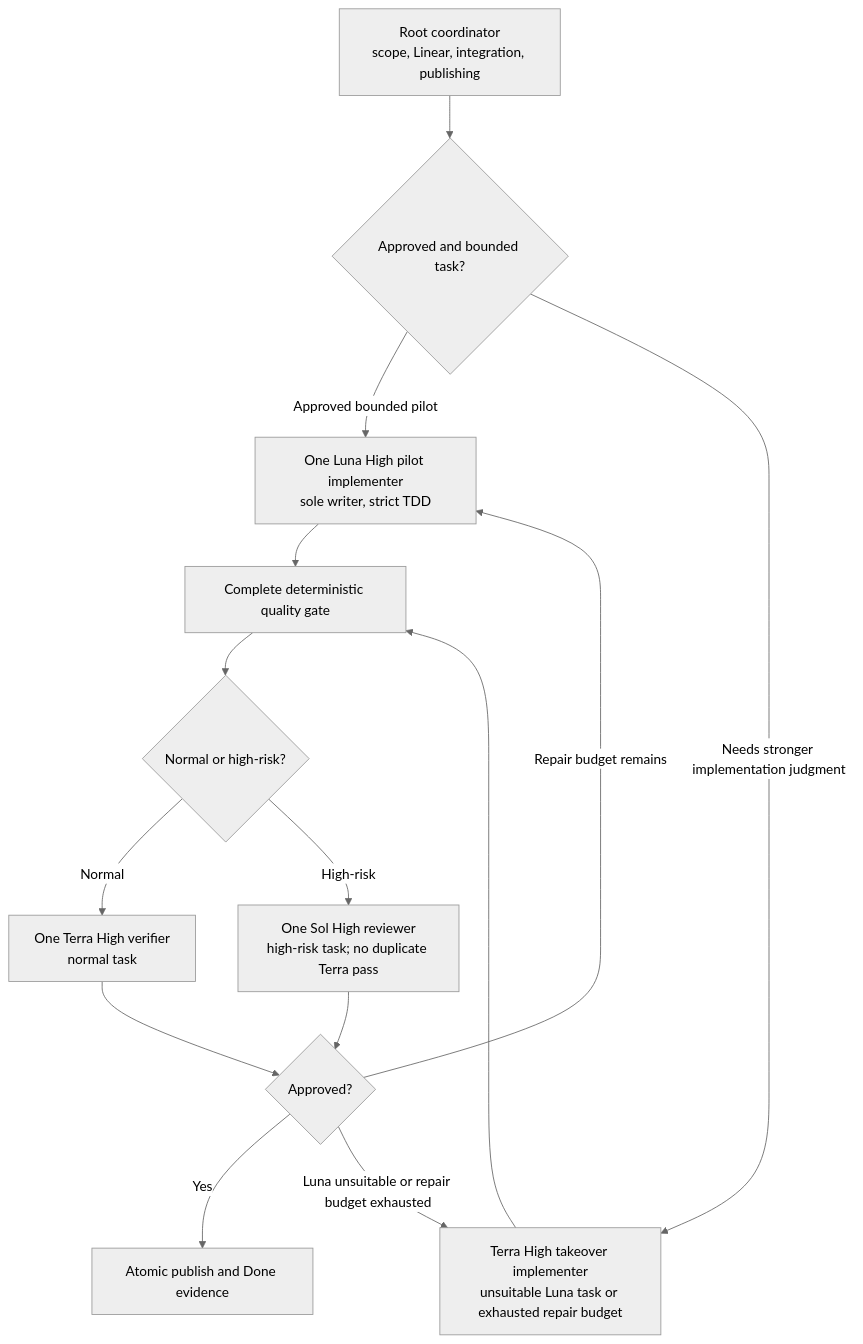
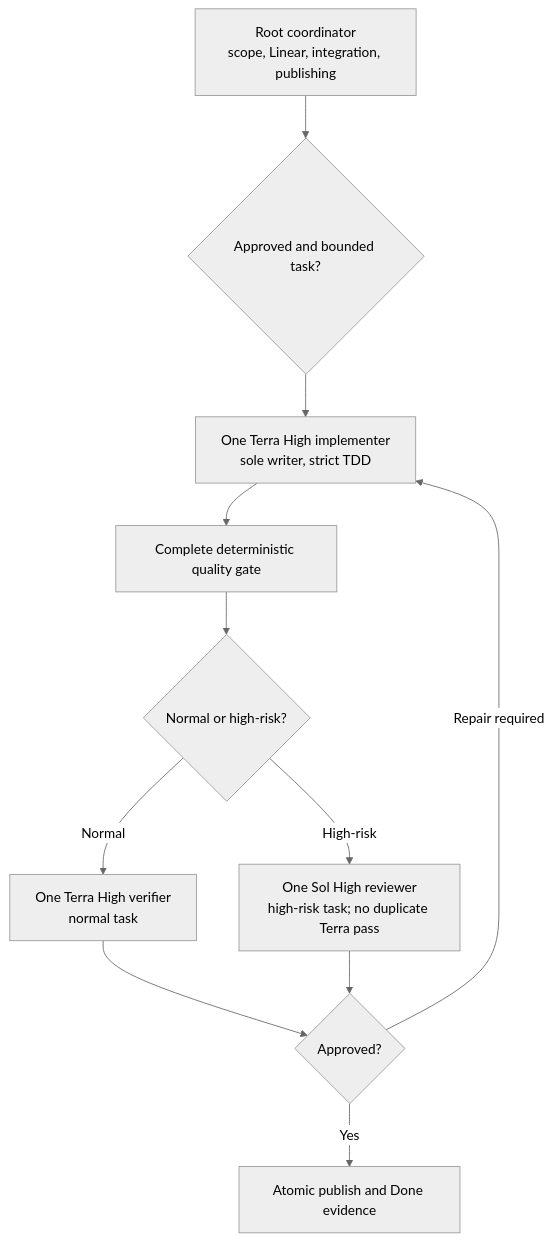
One commit to krunaldodiya/SwingTradingAIAssistant changed the diagram in docs/development-workflow.md. Above: the diagram before and after it, drawn with Mermaid (neutral theme). The commit also changed other lines of this file and 15 other files, not shown here.

````diff
--- a/docs/development-workflow.md
+++ b/docs/development-workflow.md
@@ -135,27 +194,23 @@
 ```mermaid
 flowchart TD
     root["Root coordinator<br/>scope, Linear, integration, publishing"]
     ready{"Approved and bounded task?"}
-    luna["One Luna High pilot implementer<br/>sole writer, strict TDD"]
-    terra["Terra High takeover implementer<br/>unsuitable Luna task or exhausted repair budget"]
+    terra["One Terra High implementer<br/>sole writer, strict TDD"]
     gate["Complete deterministic quality gate"]
     risk{"Normal or high-risk?"}
     verify["One Terra High verifier<br/>normal task"]
     review["One Sol High reviewer<br/>high-risk task; no duplicate Terra pass"]
     verdict{"Approved?"}
     publish["Atomic publish and Done evidence"]
 
     root --> ready
-    ready -- "Approved bounded pilot" --> luna
-    ready -- "Needs stronger implementation judgment" --> terra
-    luna --> gate
+    ready --> terra
     terra --> gate
     gate --> risk
     risk -- "Normal" --> verify
     risk -- "High-risk" --> review
     verify --> verdict
     review --> verdict
     verdict -- "Yes" --> publish
-    verdict -- "Repair budget remains" --> luna
-    verdict -- "Luna unsuitable or repair budget exhausted" --> terra
+    verdict -- "Repair required" --> terra
 ```
````
